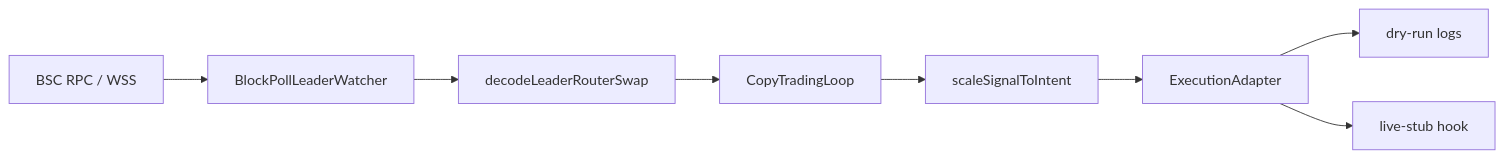
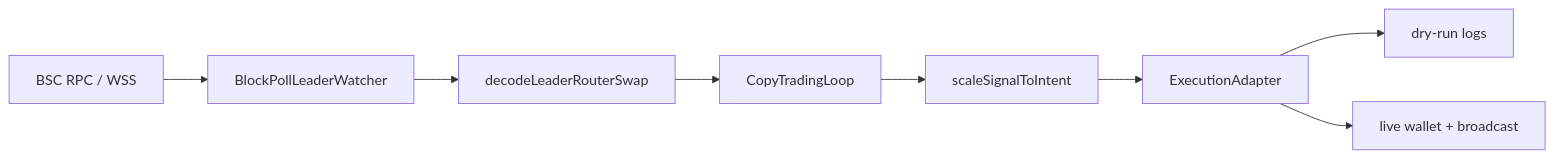
Before and after one commit to silverBridgeLab/pancakeswap-trading-bot: the diagram in README.md, drawn with Mermaid. The commit also changed other lines of this file and 9 other files, not shown here.

First line of the commit message:
feat(executor): add live wallet signing for copy trades

````diff
--- a/README.md
+++ b/README.md
@@ -77,10 +87,10 @@
 ```mermaid
 flowchart LR
   RPC[BSC RPC / WSS] --> Watcher[BlockPollLeaderWatcher]
   Watcher --> Decode[decodeLeaderRouterSwap]
   Decode --> Loop[CopyTradingLoop]
   Loop --> Size[scaleSignalToIntent]
   Size --> Exec[ExecutionAdapter]
   Exec --> DryRun[dry-run logs]
-  Exec --> LiveStub[live-stub hook]
+  Exec --> Live[live wallet + broadcast]
 ```
````
